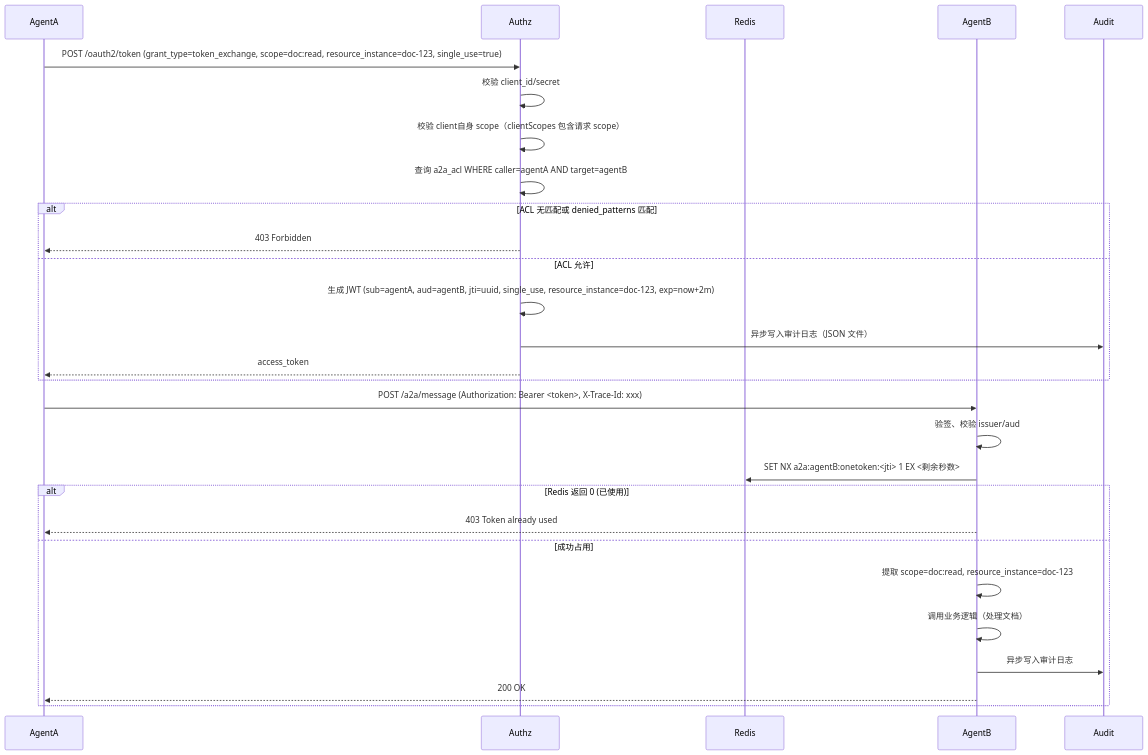
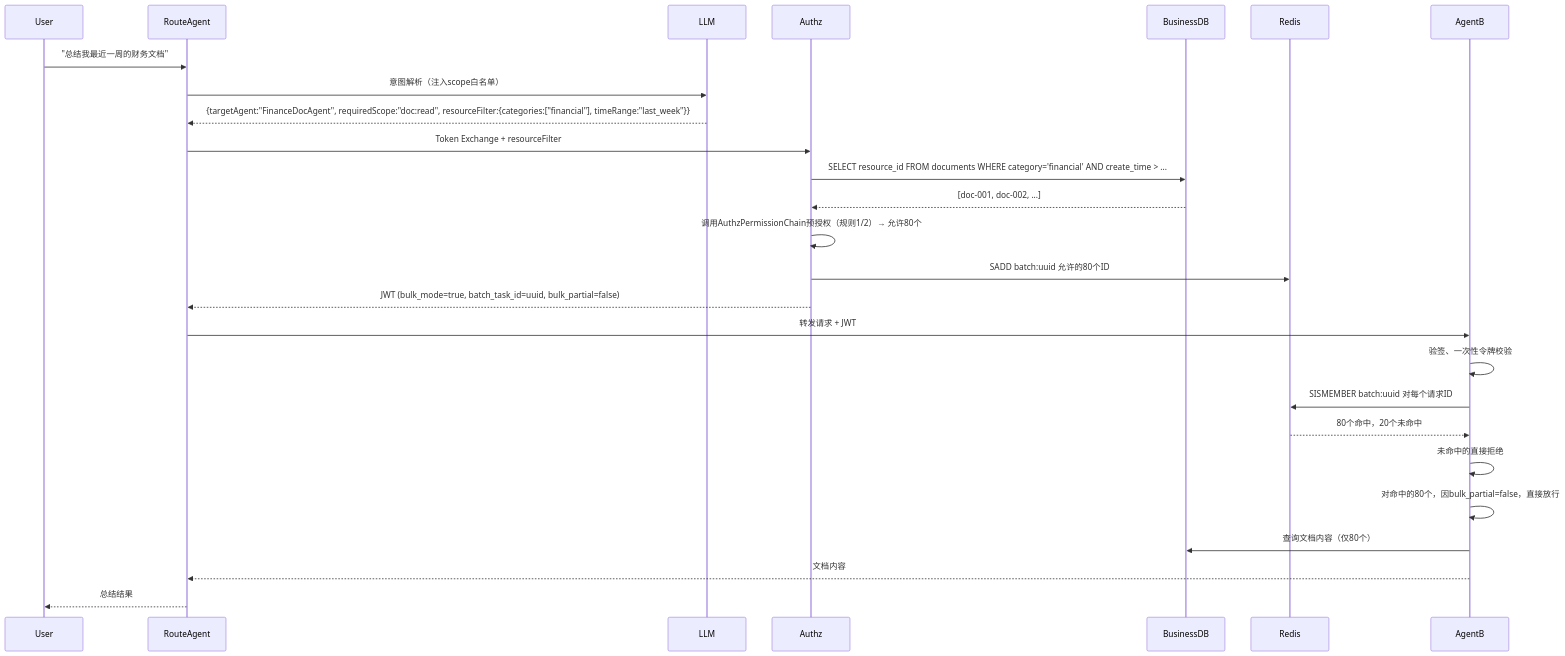
The first of 2 diagrams in security/A2A 权限系统架构设计文档.md (latcn/developer-knowledge), drawn with Mermaid before and after one commit. The commit also changed other lines of this file, not shown here.

````diff
--- a/security/A2A 权限系统架构设计文档.md
+++ b/security/A2A 权限系统架构设计文档.md
@@ -866,30 +431,29 @@
 ```mermaid
 sequenceDiagram
-    participant AgentA
+    participant User
+    participant RouteAgent
+    participant LLM
     participant Authz
+    participant BusinessDB
     participant Redis
     participant AgentB
 
-    AgentA->>Authz: POST /oauth2/token (grant_type=token_exchange, scope=doc:read, resource_instance=doc-123, single_use=true)
-    Authz->>Authz: 校验 client_id/secret
-    Authz->>Authz: 校验 client自身 scope（clientScopes 包含请求 scope）
-    Authz->>Authz: 查询 a2a_acl WHERE caller=agentA AND target=agentB
-    alt ACL 无匹配或 denied_patterns 匹配
-        Authz-->>AgentA: 403 Forbidden
-    else ACL 允许
-        Authz->>Authz: 生成 JWT (sub=agentA, aud=agentB, jti=uuid, single_use, resource_instance=doc-123, exp=now+2m)
-        Authz->>Audit: 异步写入审计日志（JSON 文件）
-        Authz-->>AgentA: access_token
-    end
-    AgentA->>AgentB: POST /a2a/message (Authorization: Bearer <token>, X-Trace-Id: xxx)
-    AgentB->>AgentB: 验签、校验 issuer/aud
-    AgentB->>Redis: SET NX a2a:agentB:onetoken:<jti> 1 EX <剩余秒数>
-    alt Redis 返回 0 (已使用)
-        AgentB-->>AgentA: 403 Token already used
-    else 成功占用
-        AgentB->>AgentB: 提取 scope=doc:read, resource_instance=doc-123
-        AgentB->>AgentB: 调用业务逻辑（处理文档）
-        AgentB->>Audit: 异步写入审计日志
-        AgentB-->>AgentA: 200 OK
-    end
+    User->>RouteAgent: "总结我最近一周的财务文档"
+    RouteAgent->>LLM: 意图解析（注入scope白名单）
+    LLM-->>RouteAgent: {targetAgent:"FinanceDocAgent", requiredScope:"doc:read", resourceFilter:{categories:["financial"], timeRange:"last_week"}}
+    RouteAgent->>Authz: Token Exchange + resourceFilter
+    Authz->>BusinessDB: SELECT resource_id FROM documents WHERE category='financial' AND create_time > ...
+    BusinessDB-->>Authz: [doc-001, doc-002, ...]
+    Authz->>Authz: 调用AuthzPermissionChain预授权（规则1/2）→ 允许80个
+    Authz->>Redis: SADD batch:uuid 允许的80个ID
+    Authz-->>RouteAgent: JWT (bulk_mode=true, batch_task_id=uuid, bulk_partial=false)
+    RouteAgent->>AgentB: 转发请求 + JWT
+    AgentB->>AgentB: 验签、一次性令牌校验
+    AgentB->>Redis: SISMEMBER batch:uuid 对每个请求ID
+    Redis-->>AgentB: 80个命中，20个未命中
+    AgentB->>AgentB: 未命中的直接拒绝
+    AgentB->>AgentB: 对命中的80个，因bulk_partial=false，直接放行
+    AgentB->>BusinessDB: 查询文档内容（仅80个）
+    AgentB-->>RouteAgent: 文档内容
+    RouteAgent-->>User: 总结结果
 ```
````
